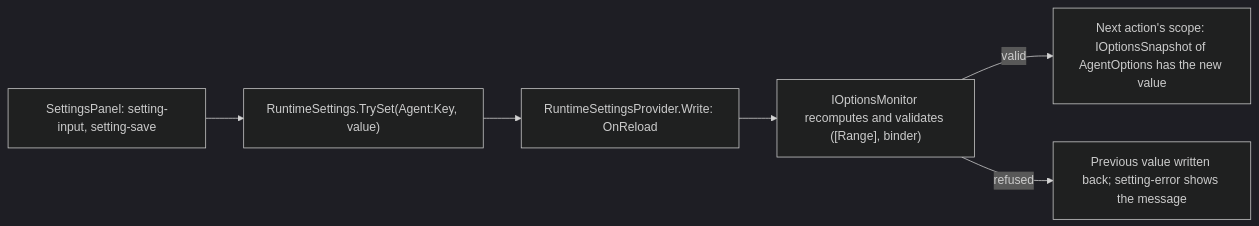
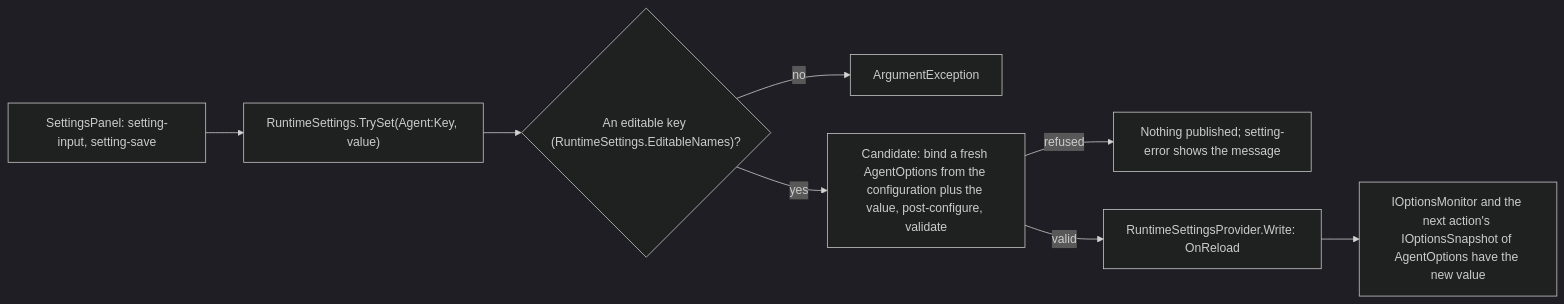
Before and after one commit to Khalil-Alhadidi/Naqoli: the third of 4 diagrams in docs/agent-web.md, drawn with Mermaid (dark theme). The commit also changed other lines of this file and 21 other files, not shown here.

Commit message:
fix(agent): milestone 7 security review: kill switch before execute and before a card, fresh account on a reissue, live MaxYesNoWords, settings validated before publishing

````diff
--- a/docs/agent-web.md
+++ b/docs/agent-web.md
@@ -364,8 +364,10 @@
 ```mermaid
 flowchart LR
     panel["SettingsPanel: setting-input, setting-save"] --> set["RuntimeSettings.TrySet(Agent:Key, value)"]
-    set --> write["RuntimeSettingsProvider.Write: OnReload"]
-    write --> monitor["IOptionsMonitor recomputes and validates ([Range], binder)"]
-    monitor -- valid --> next["Next action's scope: IOptionsSnapshot of AgentOptions has the new value"]
-    monitor -- refused --> back["Previous value written back; setting-error shows the message"]
+    set --> allow{"An editable key (RuntimeSettings.EditableNames)?"}
+    allow -- no --> refuse["ArgumentException"]
+    allow -- yes --> candidate["Candidate: bind a fresh AgentOptions from the configuration plus the value, post-configure, validate"]
+    candidate -- refused --> back["Nothing published; setting-error shows the message"]
+    candidate -- valid --> write["RuntimeSettingsProvider.Write: OnReload"]
+    write --> next["IOptionsMonitor and the next action's IOptionsSnapshot of AgentOptions have the new value"]
 ```
````
